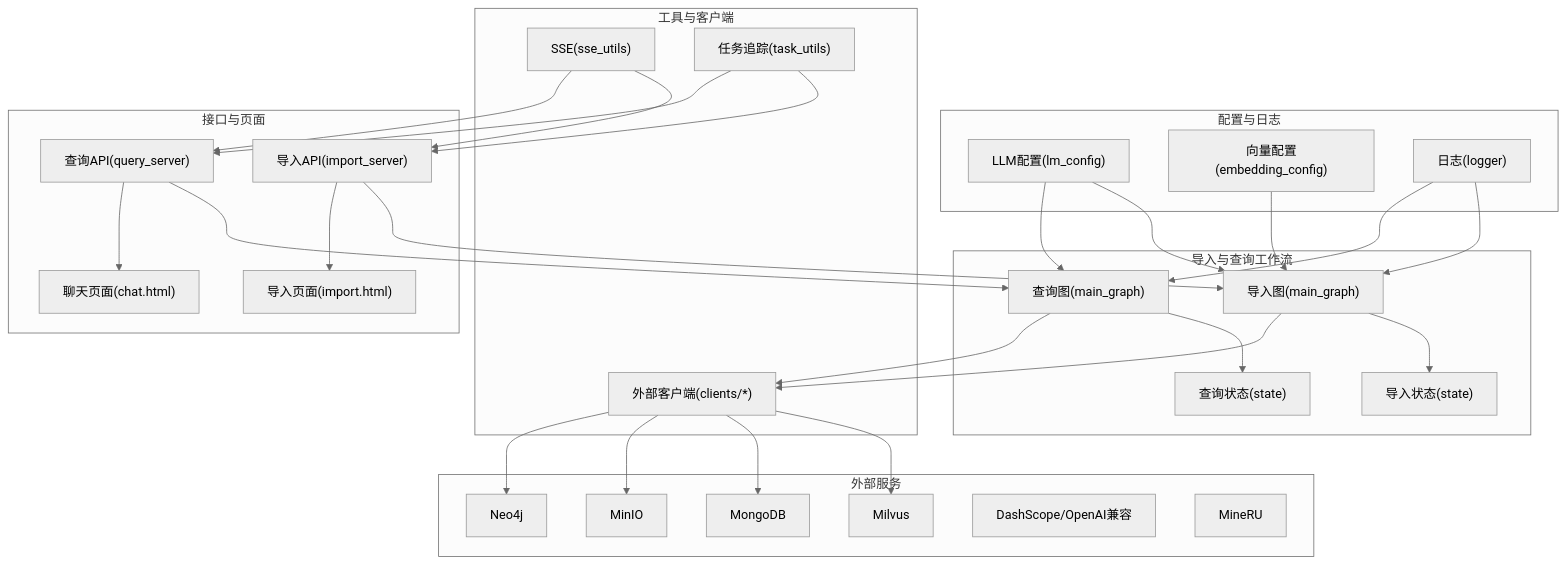
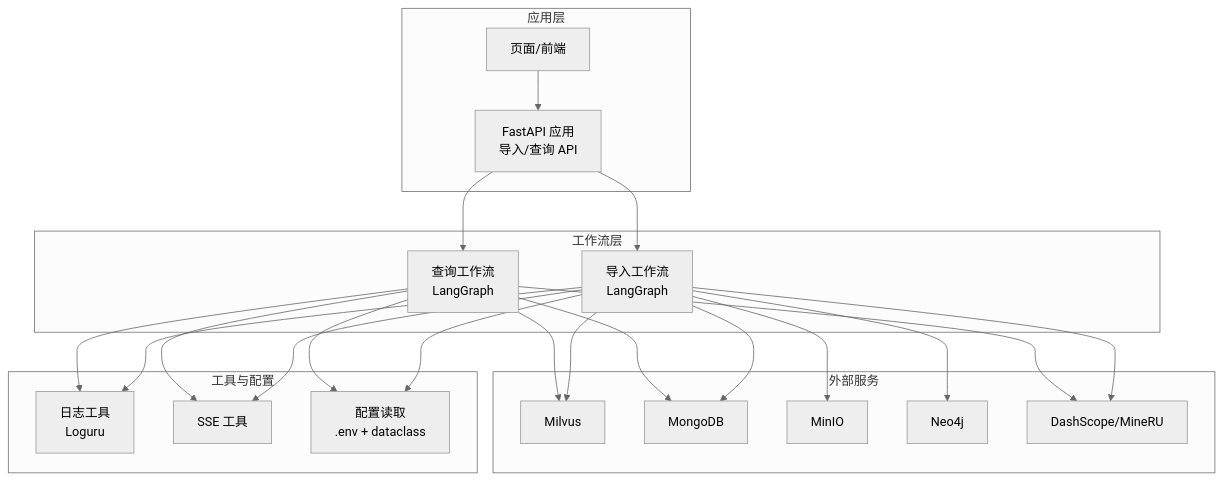
Before and after one commit to YveS-y/rag-agent: the first of 8 diagrams in .qoder/repowiki/zh/content/开发者指南.md, drawn with Mermaid (neutral theme). The commit also changed other lines of this file and 14 other files, not shown here.

````diff
--- a/.qoder/repowiki/zh/content/开发者指南.md
+++ b/.qoder/repowiki/zh/content/开发者指南.md
@@ -300,54 +47,40 @@
 ```mermaid
 graph TB
-subgraph "配置与日志"
-LMConf["LLM配置(lm_config)"]
-EmbConf["向量配置(embedding_config)"]
-Logger["日志(logger)"]
+subgraph "应用层"
+API["FastAPI 应用<br/>导入/查询 API"]
+UI["页面/前端"]
 end
-subgraph "工具与客户端"
-SSE["SSE(sse_utils)"]
-Task["任务追踪(task_utils)"]
-Clients["外部客户端(clients/*)"]
+subgraph "工作流层"
+ImportGraph["导入工作流<br/>LangGraph"]
+QueryGraph["查询工作流<br/>LangGraph"]
 end
-subgraph "导入与查询工作流"
-ImportG["导入图(main_graph)"]
-QueryG["查询图(main_graph)"]
-ImportState["导入状态(state)"]
-QueryState["查询状态(state)"]
-end
-subgraph "接口与页面"
-ImportAPI["导入API(import_server)"]
-QueryAPI["查询API(query_server)"]
-ImportPage["导入页面(import.html)"]
-ChatPage["聊天页面(chat.html)"]
+subgraph "工具与配置"
+Logger["日志工具<br/>Loguru"]
+SSE["SSE 工具"]
+Config["配置读取<br/>.env + dataclass"]
 end
 subgraph "外部服务"
 Milvus["Milvus"]
 Mongo["MongoDB"]
 MinIO["MinIO"]
 Neo4j["Neo4j"]
-DashScope["DashScope/OpenAI兼容"]
-MineRU["MineRU"]
+DashScope["DashScope/MineRU"]
 end
-LMConf --> ImportG
-LMConf --> QueryG
-EmbConf --> ImportG
-Logger --> ImportG
-Logger --> QueryG
-SSE --> ImportAPI
-SSE --> QueryAPI
-Task --> ImportAPI
-Task --> QueryAPI
-ImportG --> ImportState
-QueryG --> QueryState
-ImportG --> Clients
-QueryG --> Clients
-ImportAPI --> ImportG
-QueryAPI --> QueryG
-Clients --> Milvus
-Clients --> Mongo
-Clients --> MinIO
-Clients --> Neo4j
-ImportAPI --> ImportPage
-QueryAPI --> ChatPage
+UI --> API
+API --> ImportGraph
+API --> QueryGraph
+ImportGraph --> Logger
+ImportGraph --> SSE
+ImportGraph --> Config
+ImportGraph --> Milvus
+ImportGraph --> Mongo
+ImportGraph --> MinIO
+ImportGraph --> Neo4j
+ImportGraph --> DashScope
+QueryGraph --> Logger
+QueryGraph --> SSE
+QueryGraph --> Config
+QueryGraph --> Milvus
+QueryGraph --> Mongo
+QueryGraph --> DashScope
 ```
````
